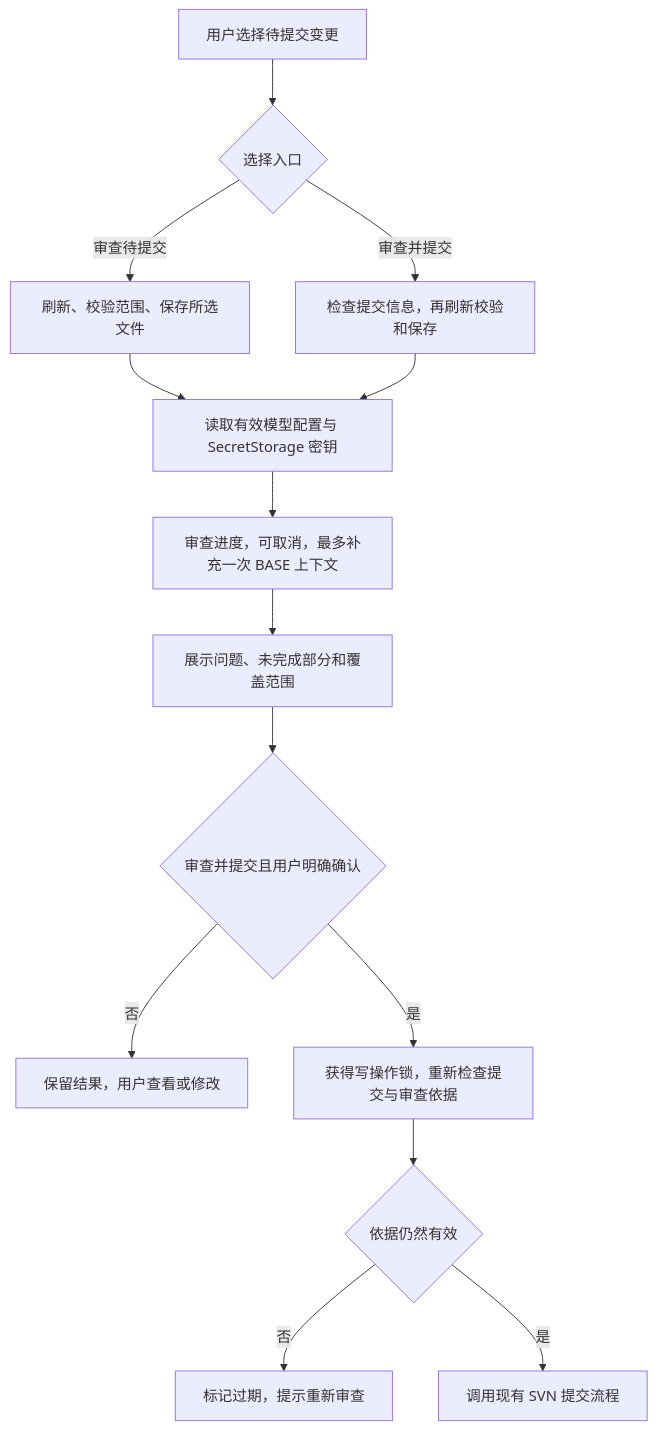
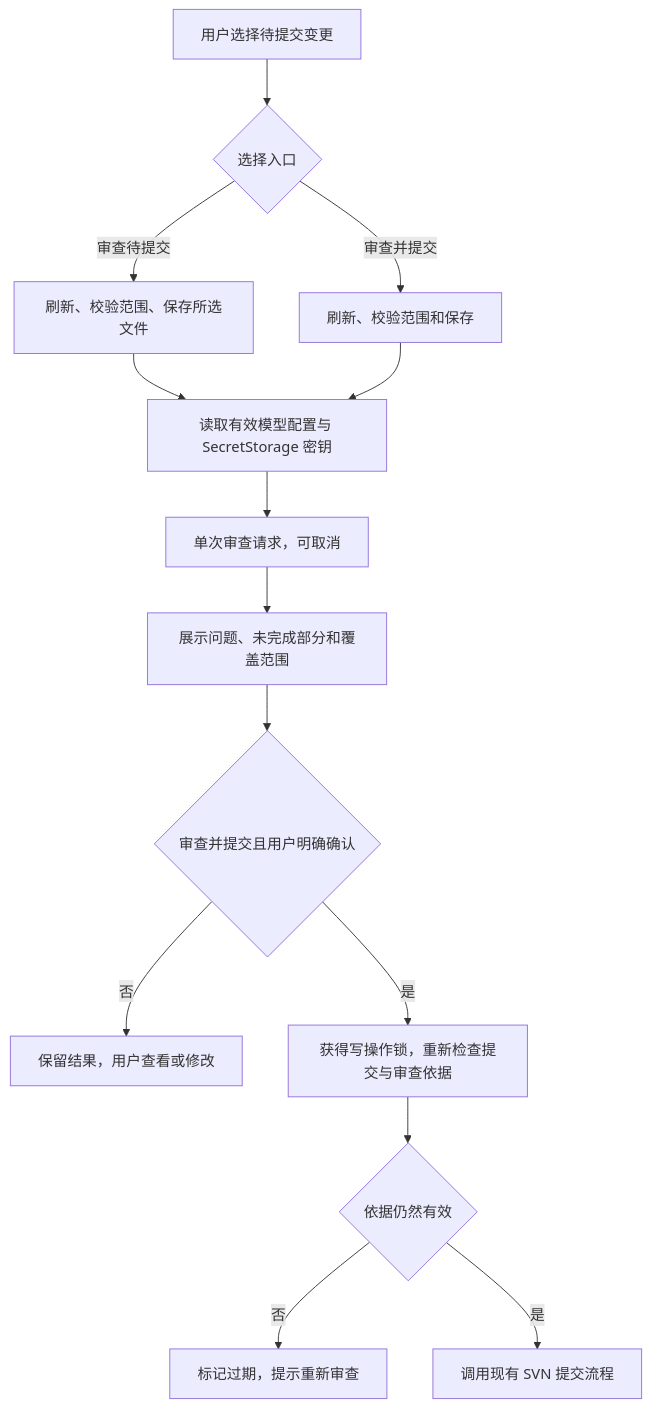
Before and after one commit to daidaini/code-svn-extension: the diagram in docs/review-integration-design.md, drawn with Mermaid. The commit also changed other lines of this file and 12 other files, not shown here.

````diff
--- a/docs/review-integration-design.md
+++ b/docs/review-integration-design.md
@@ -24,16 +24,16 @@
 ```mermaid
 flowchart TD
     A[用户选择待提交变更] --> B{选择入口}
     B -->|审查待提交| C[刷新、校验范围、保存所选文件]
-    B -->|审查并提交| D[检查提交信息，再刷新校验和保存]
+    B -->|审查并提交| D[刷新、校验范围和保存]
     C --> E[读取有效模型配置与 SecretStorage 密钥]
     D --> E
-    E --> F[审查进度，可取消，最多补充一次 BASE 上下文]
+    E --> F[单次审查请求，可取消]
     F --> G[展示问题、未完成部分和覆盖范围]
     G --> H{审查并提交且用户明确确认}
     H -->|否| I[保留结果，用户查看或修改]
     H -->|是| J[获得写操作锁，重新检查提交与审查依据]
     J --> K{依据仍然有效}
     K -->|否| L[标记过期，提示重新审查]
     K -->|是| M[调用现有 SVN 提交流程]
 ```
````
